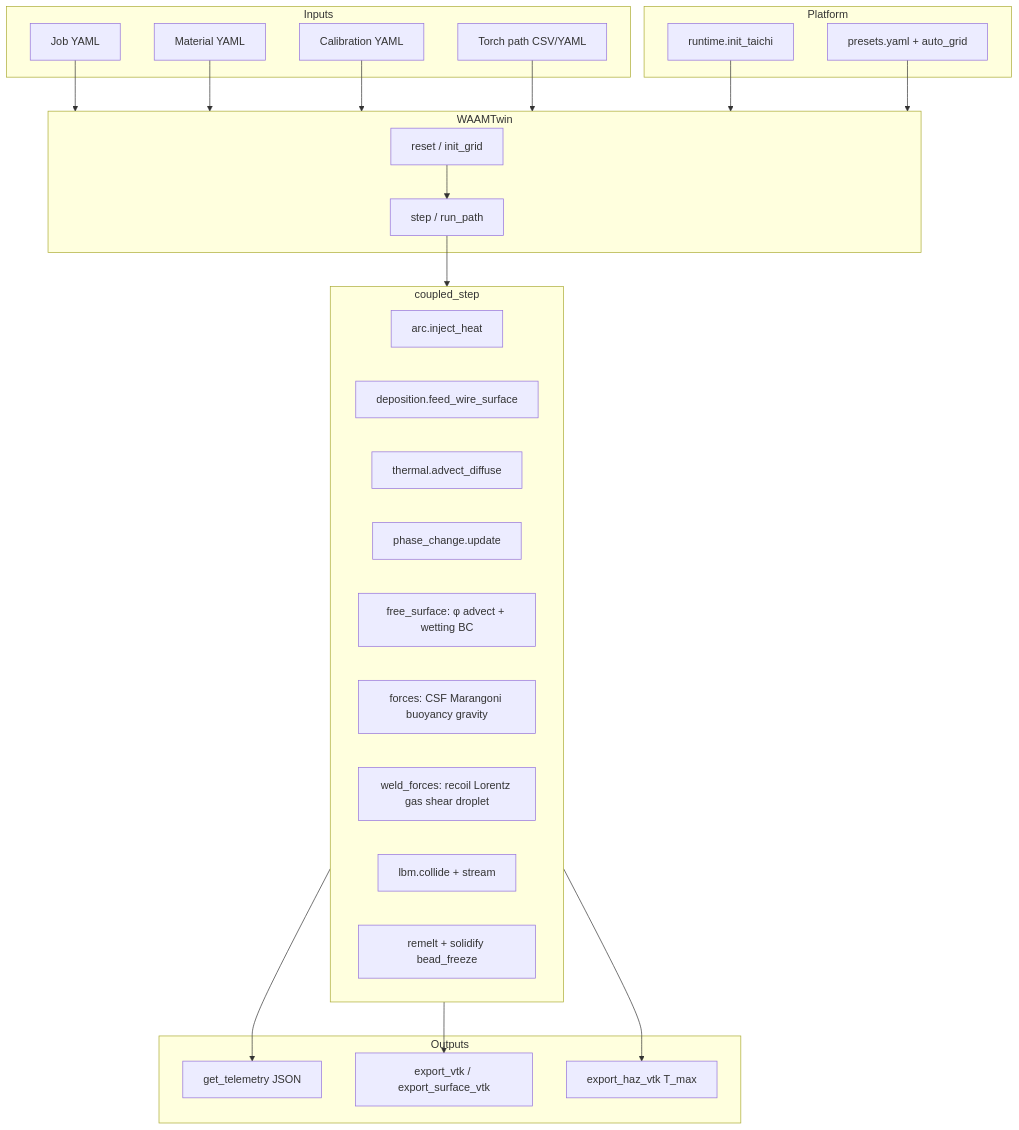
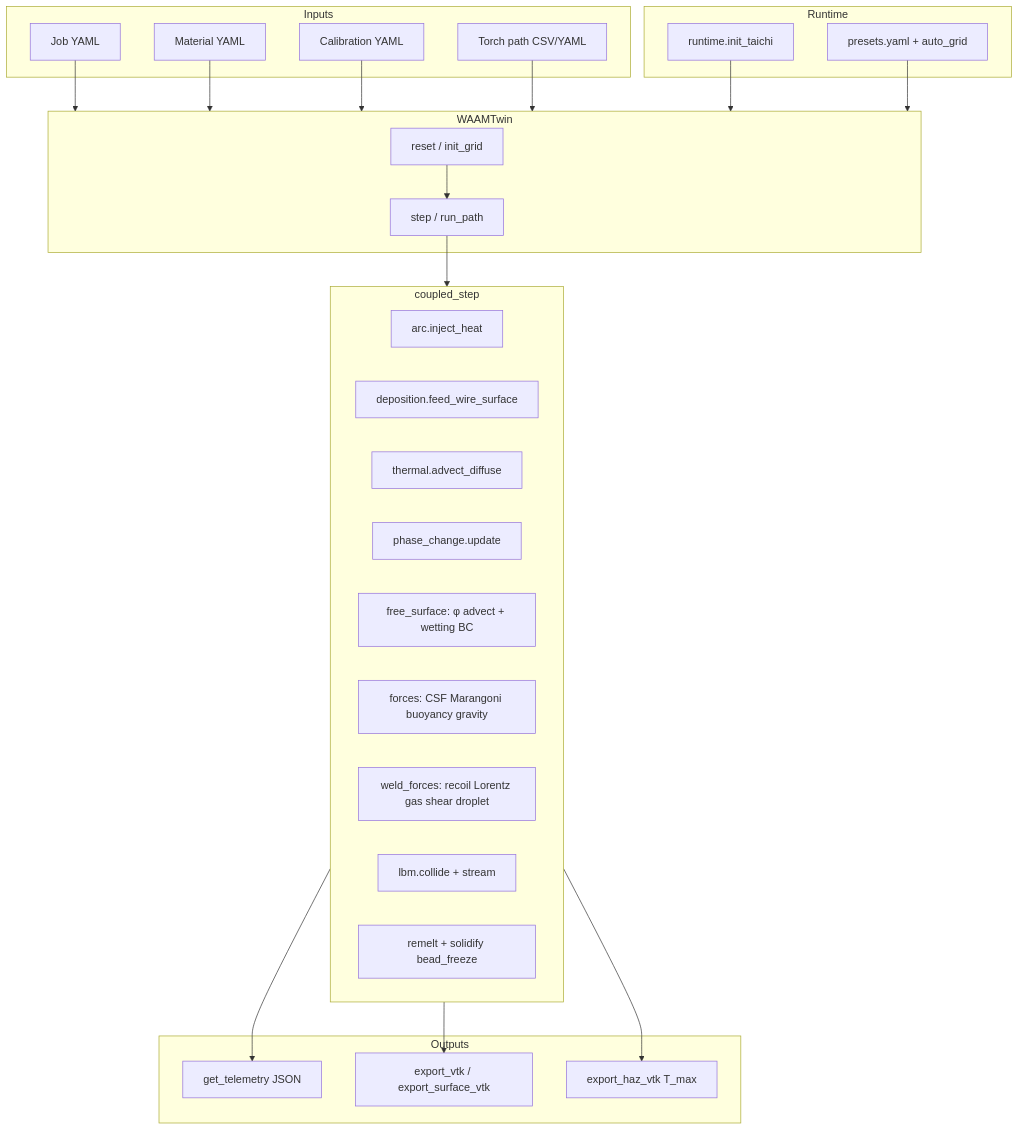
The diagram in README.md (THEDARKDEACON/waam_solver), drawn with Mermaid before and after one commit. The commit also changed other lines of this file and 2 other files, not shown here.

Commit message:
platform.py rename to runtime.py

````diff
--- a/README.md
+++ b/README.md
@@ -81,49 +81,49 @@
 ```mermaid
 flowchart TB
   subgraph inputs [Inputs]
     JOB[Job YAML]
     MAT[Material YAML]
     CAL[Calibration YAML]
     PATH[Torch path CSV/YAML]
   end
 
-  subgraph platform [Platform]
+  subgraph runtime [Runtime]
     INIT[runtime.init_taichi]
     PRE[presets.yaml + auto_grid]
   end
 
   subgraph twin [WAAMTwin]
     RESET[reset / init_grid]
     STEP[step / run_path]
   end
 
   subgraph solver [coupled_step]
     ARC[arc.inject_heat]
     DEP[deposition.feed_wire_surface]
     TH[thermal.advect_diffuse]
     PC[phase_change.update]
     VOF[free_surface: φ advect + wetting BC]
     FRC[forces: CSF Marangoni buoyancy gravity]
     WELD[weld_forces: recoil Lorentz gas shear droplet]
     LBM[lbm.collide + stream]
     FRZ[remelt + solidify bead_freeze]
   end
 
   subgraph outputs [Outputs]
     TEL[get_telemetry JSON]
     VTK[export_vtk / export_surface_vtk]
     HAZ[export_haz_vtk T_max]
   end
 
   JOB --> twin
   MAT --> twin
   CAL --> twin
   PATH --> twin
   INIT --> twin
   PRE --> twin
   RESET --> STEP
   STEP --> solver
   solver --> TEL
   solver --> VTK
   solver --> HAZ
 ```
````
